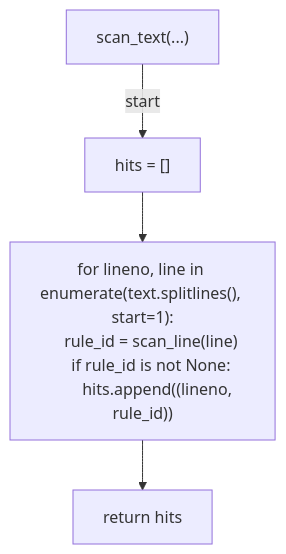
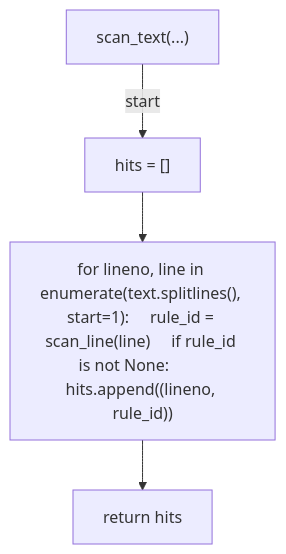
One commit to tvna/claude-md changed the third of 3 diagrams in docs/generated/scripts/ast/_secret_patterns.md. Above: the diagram before and after it, drawn with Mermaid. The commit also changed other lines of this file and 20 other files, not shown here.

First line of the commit message:
docs(generated): regenerate decision tree and workflow diagrams (batch 1/5)

````diff
--- a/docs/generated/scripts/ast/_secret_patterns.md
+++ b/docs/generated/scripts/ast/_secret_patterns.md
@@ -53,13 +45,10 @@
 ```mermaid
 flowchart TD
     N001["scan_text(...)"]
     N002["hits = []"]
-    N003["for lineno, line in enumerate(text.splitlines(), start=1):
-    rule_id = scan_line(line)
-    if rule_id is not None:
-        hits.append((lineno, rule_id))"]
+    N003["for lineno, line in enumerate(text.splitlines(), start=1):     rule_id = scan_line(line)     if rule_id is not None:         hits.append((lineno, rule_id))"]
     N004["return hits"]
     N001 -->|"start"| N002
     N002 --> N003
     N003 --> N004
 ```
````
